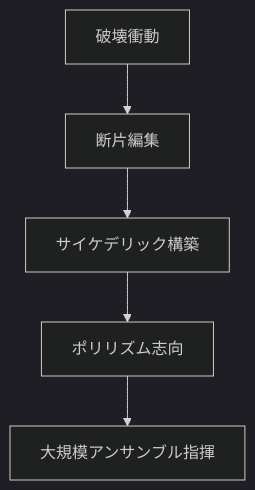
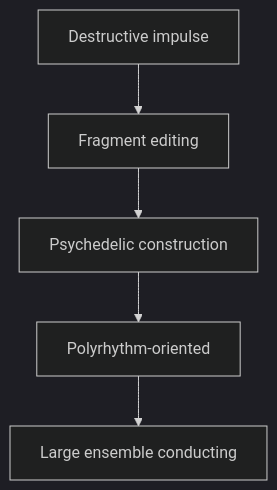
One commit to monumental-movement/monumental-movement.github.io changed the fifth of 6 diagrams in en/_posts/2025-12-05-column-boredoms.md. Above: the diagram before and after it, drawn with Mermaid (dark theme). The commit also changed other lines of this file and 801 other files, not shown here.

```diff
--- a/en/_posts/2025-12-05-column-boredoms.md
+++ b/en/_posts/2025-12-05-column-boredoms.md
@@ -223,7 +224,7 @@
 <div class="mermaid">
 flowchart TD
-    A["破壊衝動"] --> B["断片編集"]
-    B --> C["サイケデリック構築"]
-    C --> D["ポリリズム志向"]
-    D --> E["大規模アンサンブル指揮"]
+    A["Destructive impulse"] --> B["Fragment editing"]
+    B --> C["Psychedelic construction"]
+    C --> D["Polyrhythm-oriented"]
+    D --> E["Large ensemble conducting"]
 </div>
```
